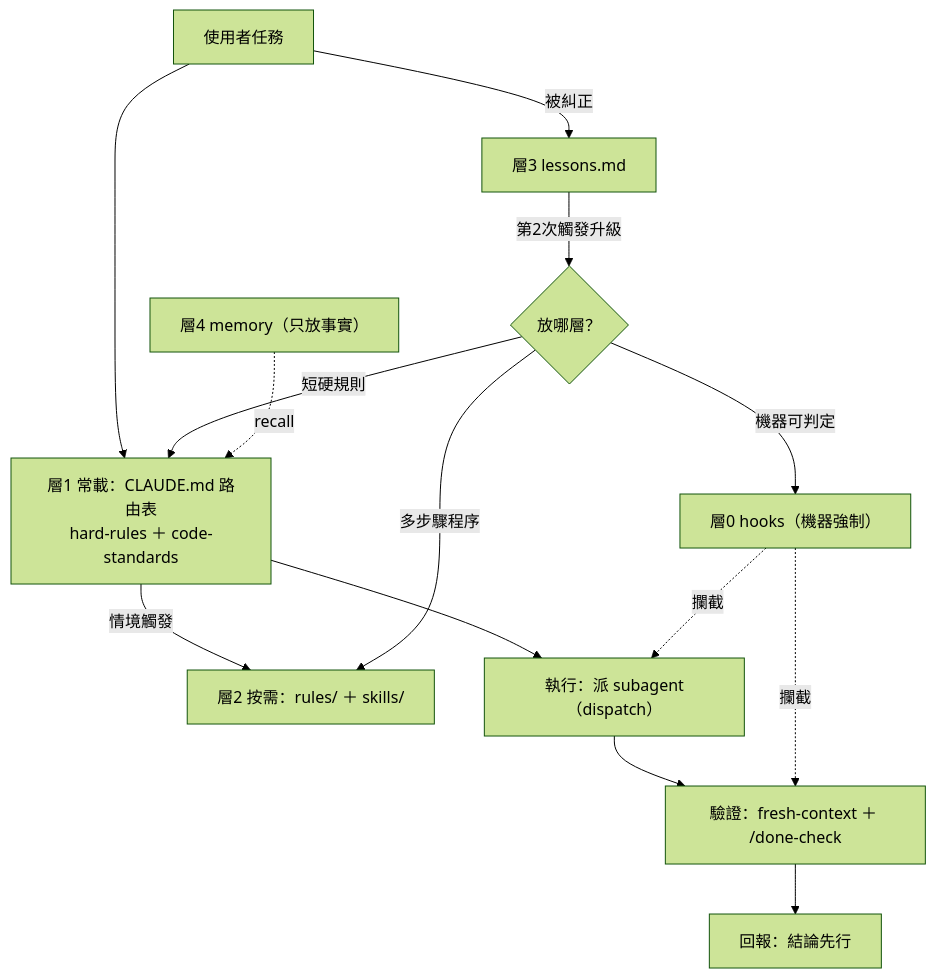
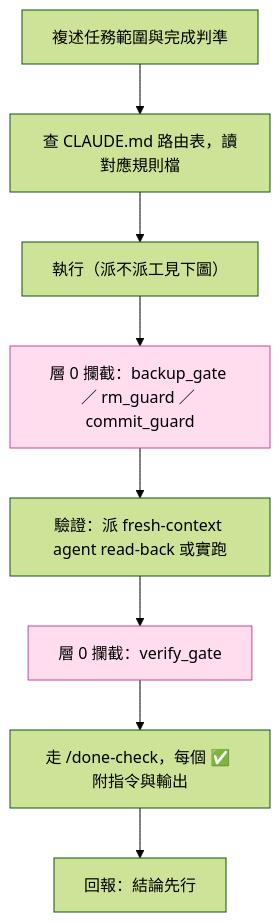
One commit to curtischoutw/claude-institution changed the first of 3 diagrams in README.md. Above: the diagram before and after it, drawn with Mermaid (forest theme). The commit also changed other lines of this file, not shown here.

First line of the commit message:
docs(readme): 一張四維度混合圖拆成三張各答一個問題的圖

````diff
--- a/README.md
+++ b/README.md
@@ -80,14 +65,12 @@
 ```mermaid
 flowchart TD
-    U["使用者任務"] --> C["層1 常載：CLAUDE.md 路由表<br/>hard-rules ＋ code-standards"]
-    C -->|"情境觸發"| R["層2 按需：rules/ ＋ skills/"]
-    C --> D["執行：派 subagent（dispatch）"]
-    D --> V["驗證：fresh-context ＋ /done-check"] --> REP["回報：結論先行"]
-    H["層0 hooks（機器強制）"] -.攔截.-> D & V
-    U -->|"被糾正"| L["層3 lessons.md"]
-    L -->|"第2次觸發升級"| UP{"放哪層？"}
-    UP -->|"機器可判定"| H
-    UP -->|"短硬規則"| C
-    UP -->|"多步驟程序"| R
-    M["層4 memory（只放事實）"] -.recall.-> C
+    A["複述任務範圍與完成判準"] --> B["查 CLAUDE.md 路由表，讀對應規則檔"]
+    B --> C["執行（派不派工見下圖）"]
+    C --> H1["層 0 攔截：backup_gate ／ rm_guard ／ commit_guard"]
+    H1 --> D["驗證：派 fresh-context agent read-back 或實跑"]
+    D --> H2["層 0 攔截：verify_gate"]
+    H2 --> E["走 /done-check，每個 ✅ 附指令與輸出"]
+    E --> F["回報：結論先行"]
+    classDef hook fill:#fde,stroke:#c49,color:#000
+    class H1,H2 hook
 ```
````
